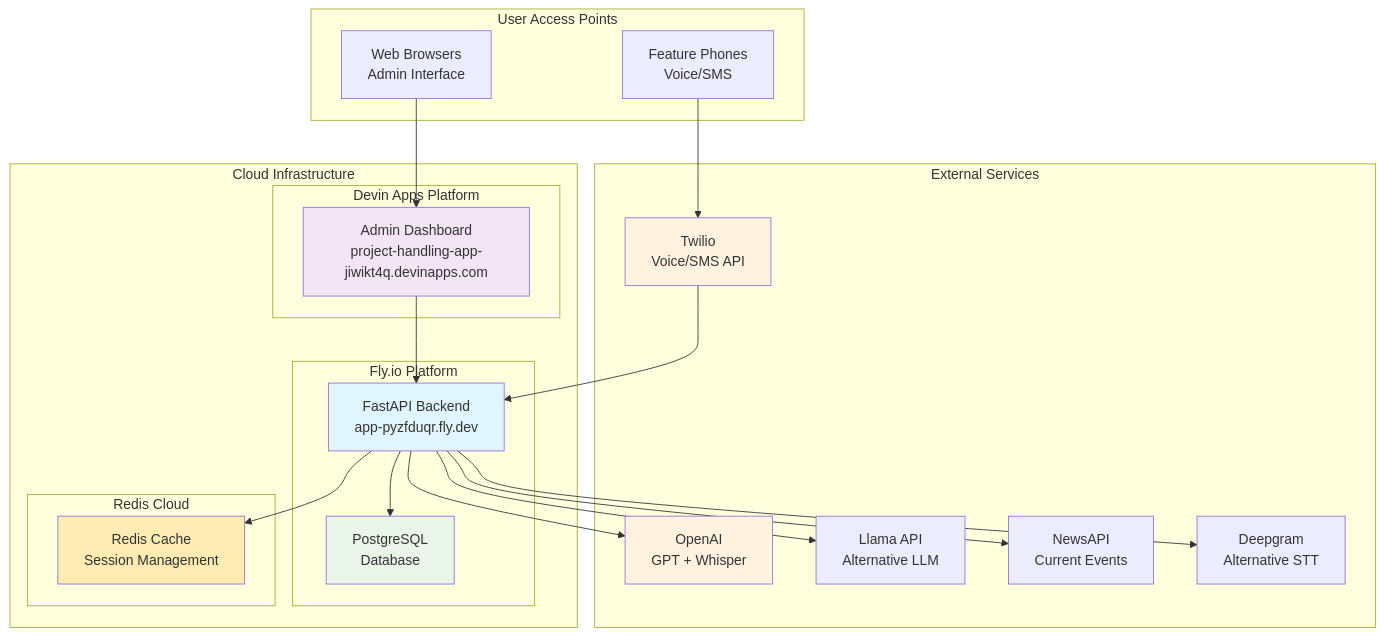
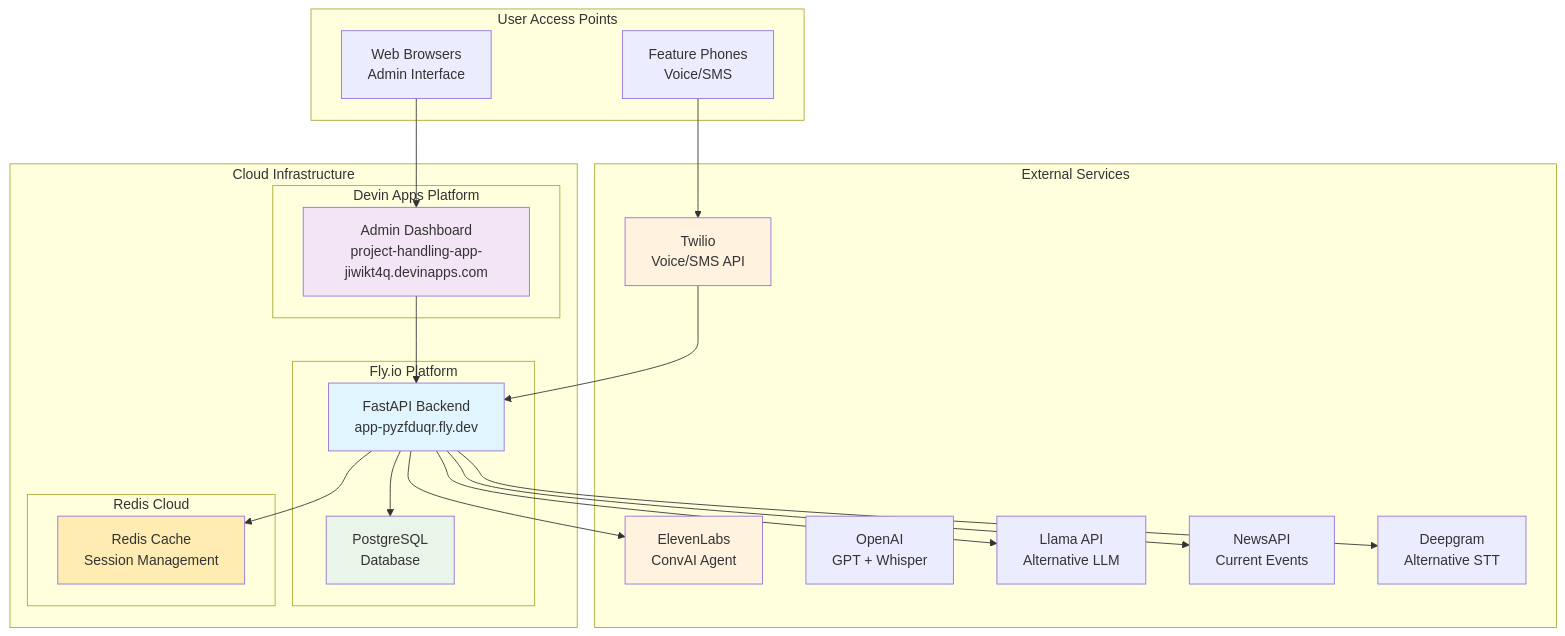
The sixth of 9 diagrams in BAKAME_Architecture_Diagrams.md (bakameai/mvp), drawn with Mermaid before and after one commit. The commit also changed other lines of this file and 9 other files, not shown here.

First line of the commit message:
Integrate ElevenLabs ConvAI WebSocket functionality

````diff
--- a/BAKAME_Architecture_Diagrams.md
+++ b/BAKAME_Architecture_Diagrams.md
@@ -334,49 +335,50 @@
 ```mermaid
 graph TB
     subgraph "External Services"
         EXT1[Twilio<br/>Voice/SMS API]
-        EXT2[OpenAI<br/>GPT + Whisper]
+        EXT2[ElevenLabs<br/>ConvAI Agent]
+        EXT2B[OpenAI<br/>GPT + Whisper]
         EXT3[Llama API<br/>Alternative LLM]
         EXT4[NewsAPI<br/>Current Events]
         EXT5[Deepgram<br/>Alternative STT]
     end
     
     subgraph "Cloud Infrastructure"
         subgraph "Fly.io Platform"
             APP[FastAPI Backend<br/>app-pyzfduqr.fly.dev]
             DB[PostgreSQL<br/>Database]
         end
         
         subgraph "Devin Apps Platform"
             ADMIN[Admin Dashboard<br/>project-handling-app-jiwikt4q.devinapps.com]
         end
         
         subgraph "Redis Cloud"
             REDIS[Redis Cache<br/>Session Management]
         end
     end
     
     subgraph "User Access Points"
         PHONE[Feature Phones<br/>Voice/SMS]
         WEB[Web Browsers<br/>Admin Interface]
     end
     
     PHONE --> EXT1
     EXT1 --> APP
     WEB --> ADMIN
     ADMIN --> APP
     
     APP --> DB
     APP --> REDIS
     APP --> EXT2
     APP --> EXT3
     APP --> EXT4
     APP --> EXT5
     
     style APP fill:#e1f5fe
     style ADMIN fill:#f3e5f5
     style DB fill:#e8f5e8
     style REDIS fill:#ffecb3
     style EXT1 fill:#fff3e0
     style EXT2 fill:#fff3e0
 ```
````
